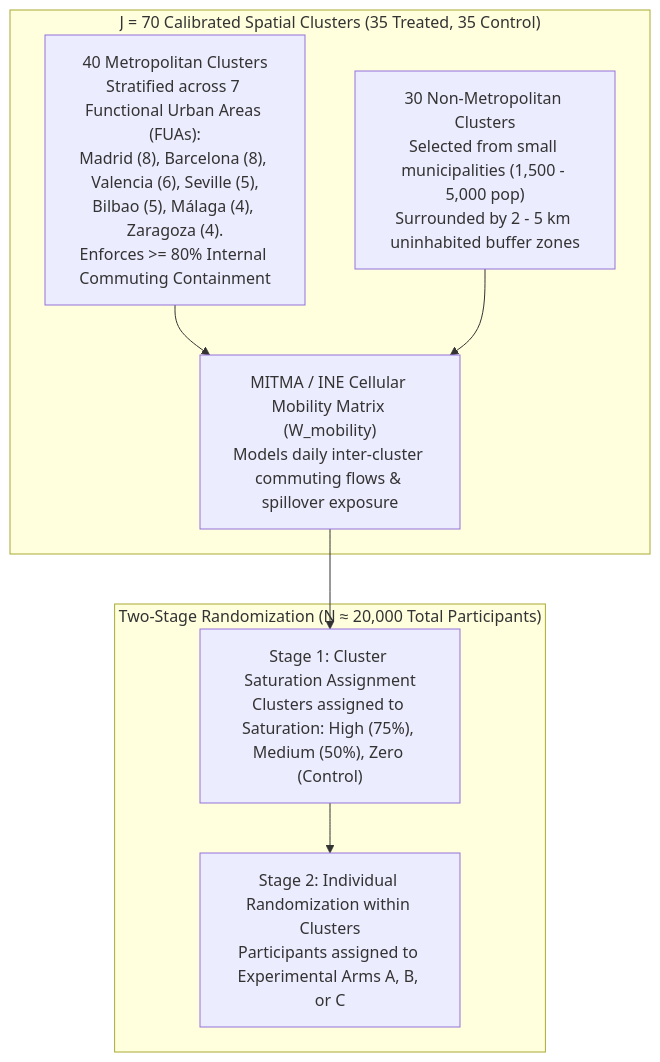
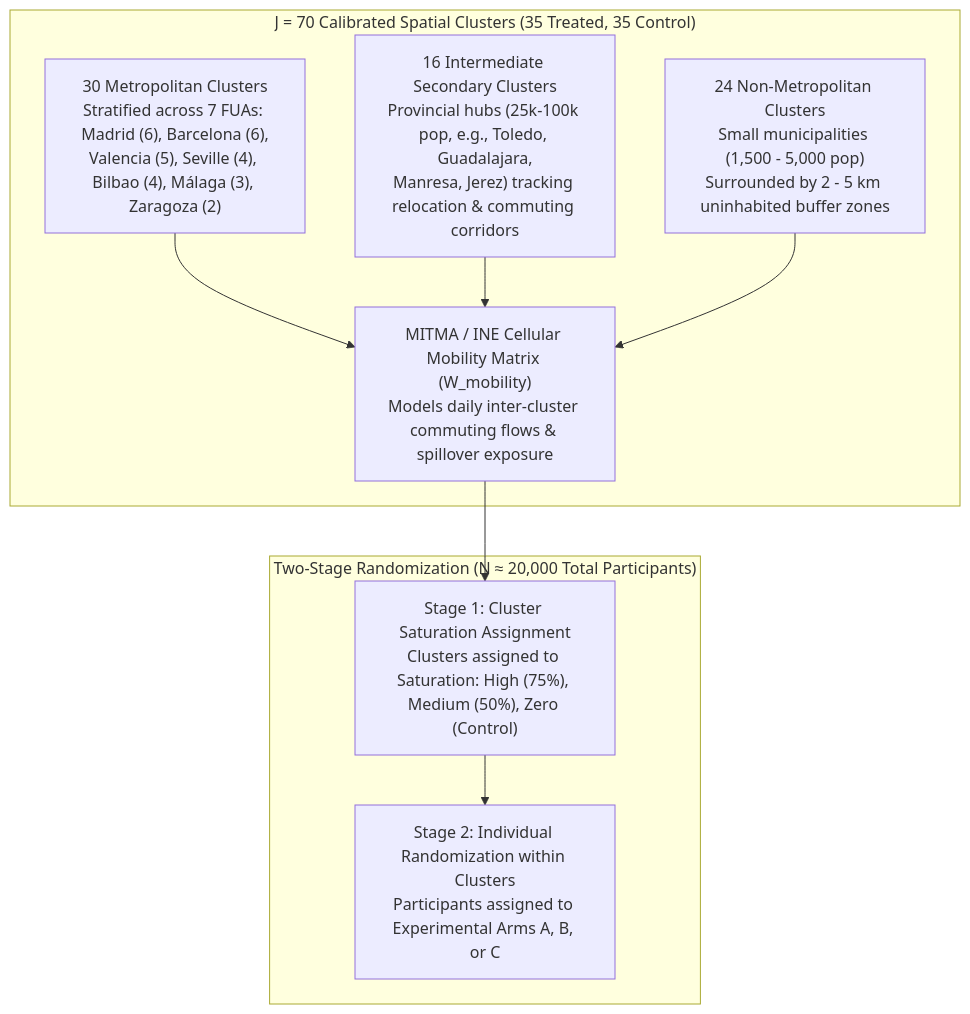
The second of 3 diagrams in paper/ch07-multi-level-pilot-causal-evaluation.md (jbernax/renta-basica-universal-ubr), drawn with Mermaid before and after one commit. The commit also changed other lines of this file and 33 other files, not shown here.

````diff
--- a/paper/ch07-multi-level-pilot-causal-evaluation.md
+++ b/paper/ch07-multi-level-pilot-causal-evaluation.md
@@ -28,18 +28,20 @@
 ```mermaid
 flowchart TD
     subgraph SpatialArch["J = 70 Calibrated Spatial Clusters (35 Treated, 35 Control)"]
-        Metro["40 Metropolitan Clusters<br/>Stratified across 7 Functional Urban Areas (FUAs):<br/>Madrid (8), Barcelona (8), Valencia (6), Seville (5),<br/>Bilbao (5), Málaga (4), Zaragoza (4).<br/>Enforces >= 80% Internal Commuting Containment"]
-        Rural["30 Non-Metropolitan Clusters<br/>Selected from small municipalities (1,500 - 5,000 pop)<br/>Surrounded by 2 - 5 km uninhabited buffer zones"]
+        Metro["30 Metropolitan Clusters<br/>Stratified across 7 FUAs: Madrid (6), Barcelona (6),<br/>Valencia (5), Seville (4), Bilbao (4), Málaga (3), Zaragoza (2)"]
+        Intermed["16 Intermediate Secondary Clusters<br/>Provincial hubs (25k-100k pop, e.g., Toledo, Guadalajara,<br/>Manresa, Jerez) tracking relocation & commuting corridors"]
+        Rural["24 Non-Metropolitan Clusters<br/>Small municipalities (1,500 - 5,000 pop)<br/>Surrounded by 2 - 5 km uninhabited buffer zones"]
         MITMA["MITMA / INE Cellular Mobility Matrix (W_mobility)<br/>Models daily inter-cluster commuting flows & spillover exposure"]
         Metro --> MITMA
+        Intermed --> MITMA
         Rural --> MITMA
     end
 
     subgraph TwoStage["Two-Stage Randomization (N ≈ 20,000 Total Participants)"]
         Stage1["Stage 1: Cluster Saturation Assignment<br/>Clusters assigned to Saturation: High (75%), Medium (50%), Zero (Control)"]
         Stage2["Stage 2: Individual Randomization within Clusters<br/>Participants assigned to Experimental Arms A, B, or C"]
         Stage1 --> Stage2
     end
 
     MITMA --> Stage1
 ```
````
